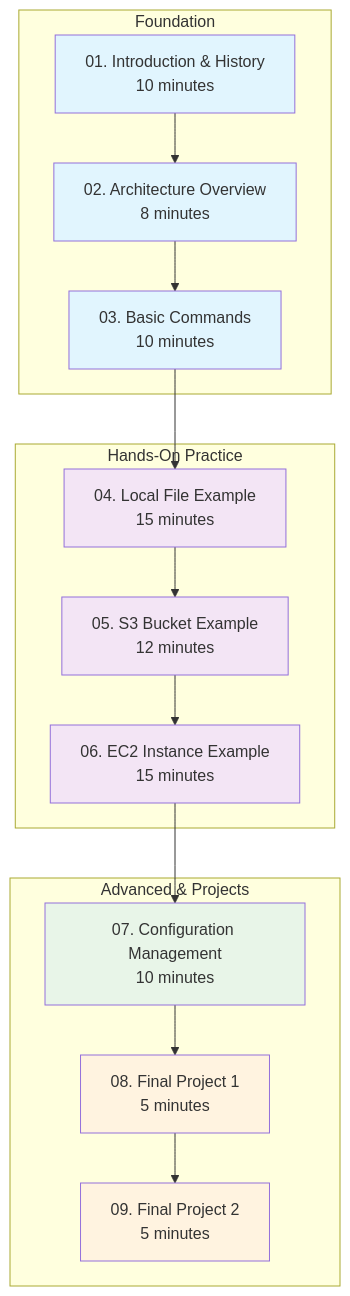
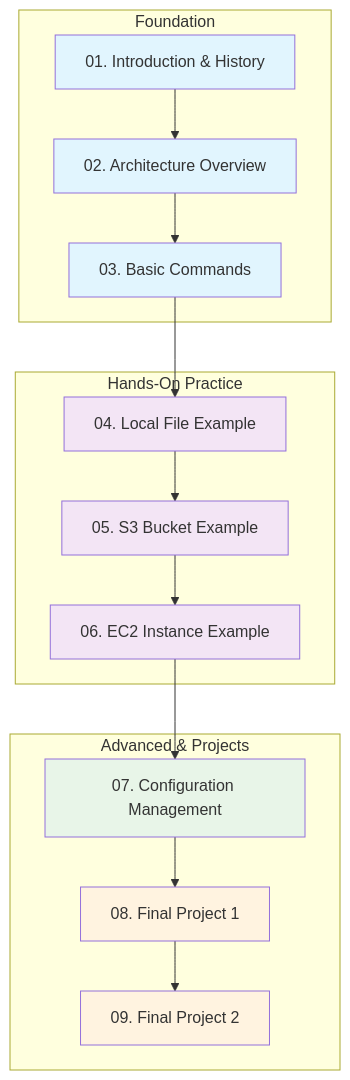
The second of 3 diagrams in Section-2-DevOps/Session-8_terraform_and_infra_automation/README.md (manikcloud/cloud-devops-learning-path), drawn with Mermaid before and after one commit. The commit also changed other lines of this file and 8 other files, not shown here.

````diff
--- a/Section-2-DevOps/Session-8_terraform_and_infra_automation/README.md
+++ b/Section-2-DevOps/Session-8_terraform_and_infra_automation/README.md
@@ -62,32 +62,32 @@
 ```mermaid
 graph TB
     subgraph "Foundation"
-        A[01. Introduction & History<br/>10 minutes]
-        B[02. Architecture Overview<br/>8 minutes]
-        C[03. Basic Commands<br/>10 minutes]
+        A[01. Introduction & History<br/>]
+        B[02. Architecture Overview<br/>]
+        C[03. Basic Commands<br/>]
     end
     
     subgraph "Hands-On Practice"
-        D[04. Local File Example<br/>15 minutes]
-        E[05. S3 Bucket Example<br/>12 minutes]
-        F[06. EC2 Instance Example<br/>15 minutes]
+        D[04. Local File Example<br/>]
+        E[05. S3 Bucket Example<br/>]
+        F[06. EC2 Instance Example<br/>]
     end
     
     subgraph "Advanced & Projects"
-        G[07. Configuration Management<br/>10 minutes]
-        H[08. Final Project 1<br/>5 minutes]
-        I[09. Final Project 2<br/>5 minutes]
+        G[07. Configuration Management<br/>]
+        H[08. Final Project 1<br/>]
+        I[09. Final Project 2<br/>]
     end
     
     A --> B --> C --> D --> E --> F --> G --> H --> I
     
     style A fill:#e1f5fe
     style B fill:#e1f5fe
     style C fill:#e1f5fe
     style D fill:#f3e5f5
     style E fill:#f3e5f5
     style F fill:#f3e5f5
     style G fill:#e8f5e8
     style H fill:#fff3e0
     style I fill:#fff3e0
 ```
````
